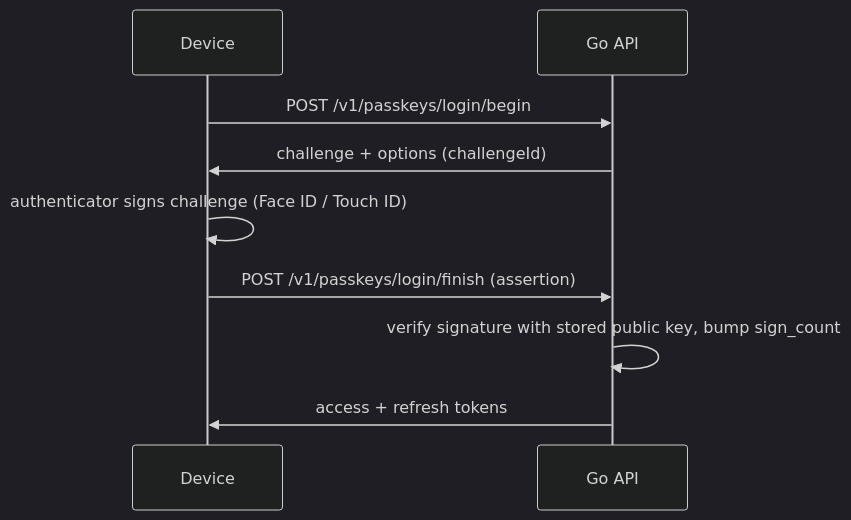
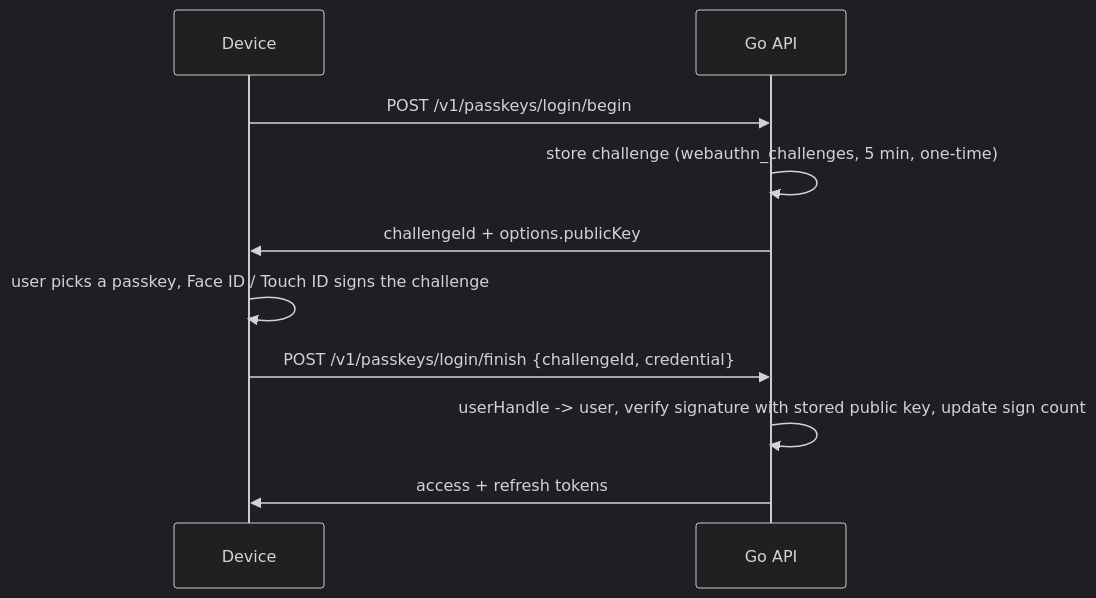
One commit to urmirahman/authenticator changed the third of 3 diagrams in docs/ARCHITECTURE.md. Above: the diagram before and after it, drawn with Mermaid (dark theme). The commit also changed other lines of this file and 7 other files, not shown here.

Commit message:
docs: openapi spec, oauth setup guide, architecture and feature status

````diff
--- a/docs/ARCHITECTURE.md
+++ b/docs/ARCHITECTURE.md
@@ -80,11 +97,12 @@
 ```mermaid
 sequenceDiagram
   participant D as Device
   participant S as Go API
   D->>S: POST /v1/passkeys/login/begin
-  S->>D: challenge + options (challengeId)
-  D->>D: authenticator signs challenge (Face ID / Touch ID)
-  D->>S: POST /v1/passkeys/login/finish (assertion)
-  S->>S: verify signature with stored public key, bump sign_count
+  S->>S: store challenge (webauthn_challenges, 5 min, one-time)
+  S->>D: challengeId + options.publicKey
+  D->>D: user picks a passkey, Face ID / Touch ID signs the challenge
+  D->>S: POST /v1/passkeys/login/finish {challengeId, credential}
+  S->>S: userHandle -> user, verify signature with stored public key, update sign count
   S->>D: access + refresh tokens
 ```
````
